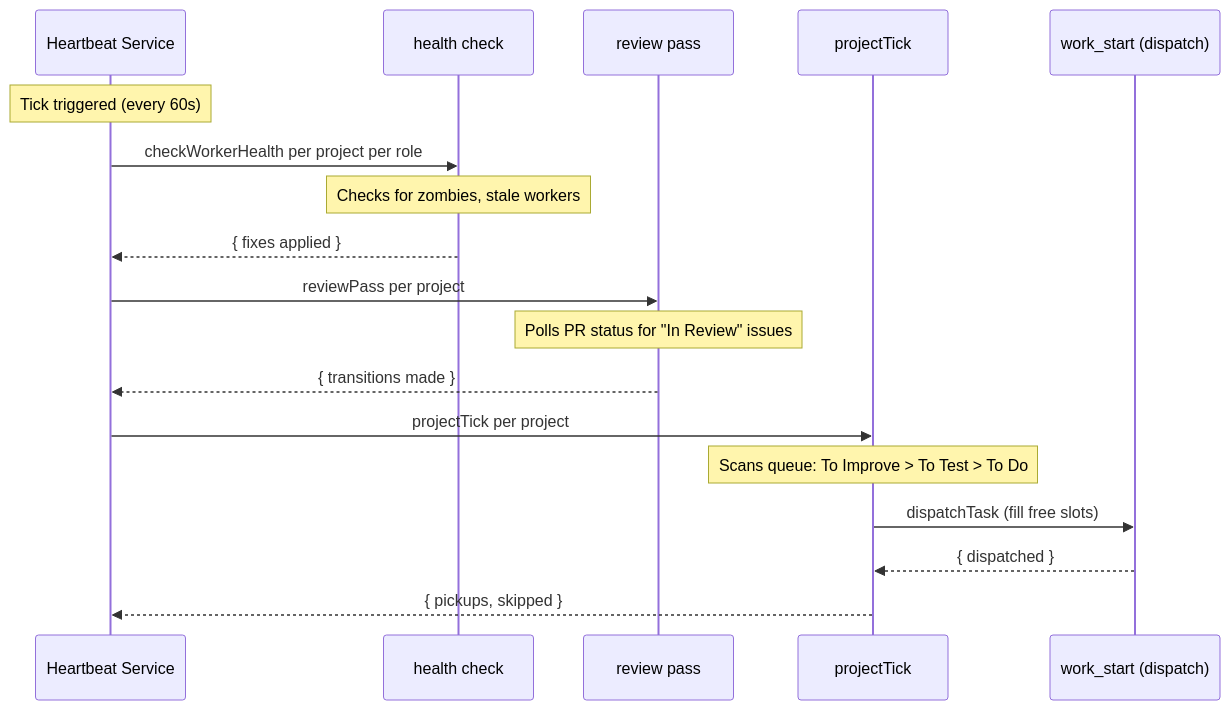
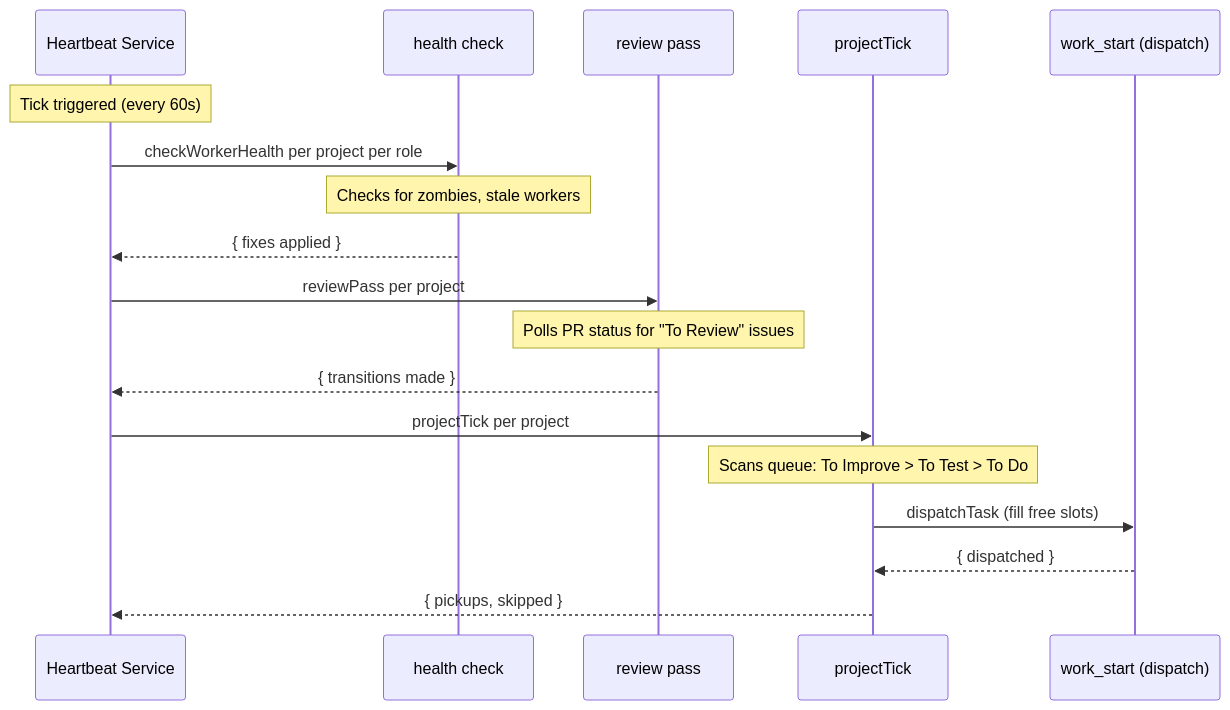
One commit to StrongheartedX/devclaw changed diagram 11 of 13 in docs/ARCHITECTURE.md. Above: the diagram before and after it, drawn with Mermaid. The commit also changed other lines of this file and 12 other files, not shown here.

````diff
--- a/docs/ARCHITECTURE.md
+++ b/docs/ARCHITECTURE.md
@@ -509,23 +498,23 @@
 ```mermaid
 sequenceDiagram
     participant HB as Heartbeat Service
     participant SH as health check
     participant RV as review pass
     participant TK as projectTick
     participant WS as work_start (dispatch)
     Note over HB: Tick triggered (every 60s)
 
     HB->>SH: checkWorkerHealth per project per role
     Note over SH: Checks for zombies, stale workers
     SH-->>HB: { fixes applied }
 
     HB->>RV: reviewPass per project
-    Note over RV: Polls PR status for "In Review" issues
+    Note over RV: Polls PR status for "To Review" issues
     RV-->>HB: { transitions made }
 
     HB->>TK: projectTick per project
     Note over TK: Scans queue: To Improve > To Test > To Do
     TK->>WS: dispatchTask (fill free slots)
     WS-->>TK: { dispatched }
     TK-->>HB: { pickups, skipped }
 ```
````
